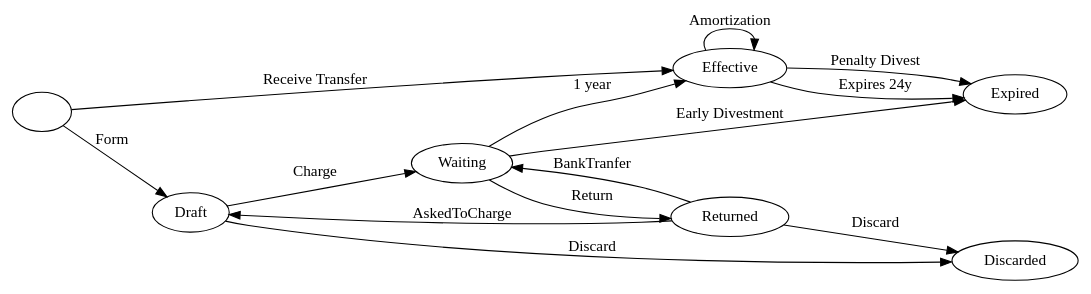
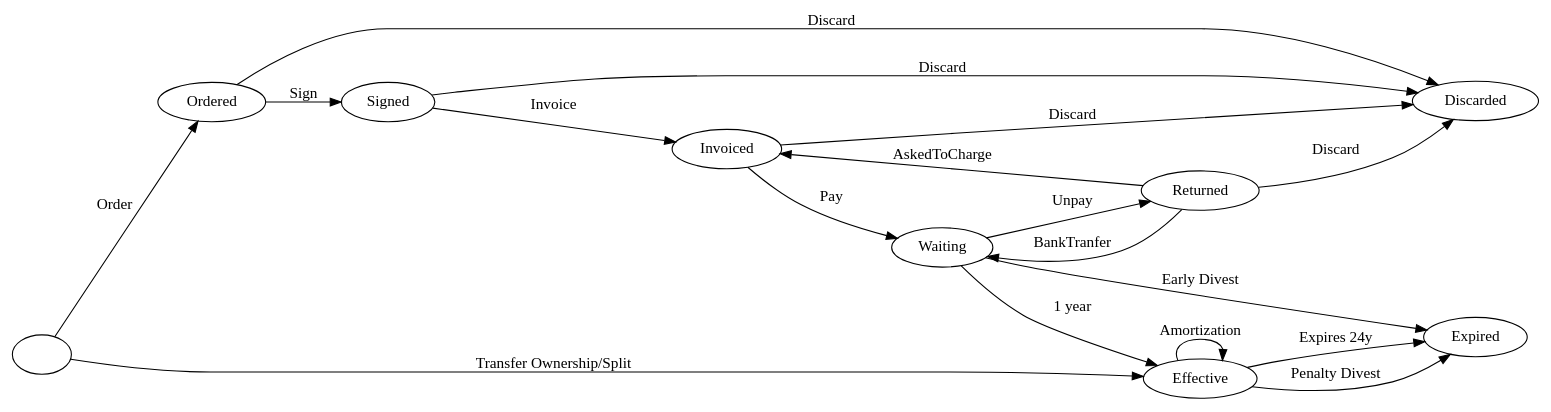
One commit to Som-Energia/somenergia-generationkwh changed the diagram in docs/inversions-states-generation.dot. Above: the diagram before and after it, drawn with Graphviz. The commit also changed 1 other file, not shown here.

```diff
--- a/docs/inversions-states-generation.dot
+++ b/docs/inversions-states-generation.dot
@@ -1,18 +1,23 @@
 digraph G {
 rankdir=LR
-"" -> Draft [label=Form]
-Draft -> Waiting [label=Charge]
+Discarded
+"" -> Ordered [label=Order]
+Ordered -> Signed [label=Sign]
+Signed -> Invoiced [label=Invoice]
+Invoiced -> Waiting [label=Pay]
 Waiting -> Effective [label="1 year"]
 Effective -> Effective [label="Amortization"]
 Effective -> Expired [label="Expires 24y"]
 Effective -> Expired [label="Penalty Divest"]
-Waiting -> Expired  [label="Early Divestment"]
+Waiting -> Expired  [label="Early Divest"]
 
-Waiting -> Returned [label=Return]
+Waiting -> Returned [label=Unpay]
 Returned -> Waiting [label=BankTranfer]
-Returned -> Draft [label=AskedToCharge]
+Returned -> Invoiced [label=AskedToCharge]
 Returned -> Discarded [label=Discard]
-Draft -> Discarded [label=Discard]
+Ordered -> Discarded [label=Discard]
+Signed -> Discarded [label=Discard]
+Invoiced -> Discarded [label=Discard]
 
-"" -> Effective [label="Receive Transfer"]
+"" -> Effective [label="Transfer Ownership/Split"]
 }
```
